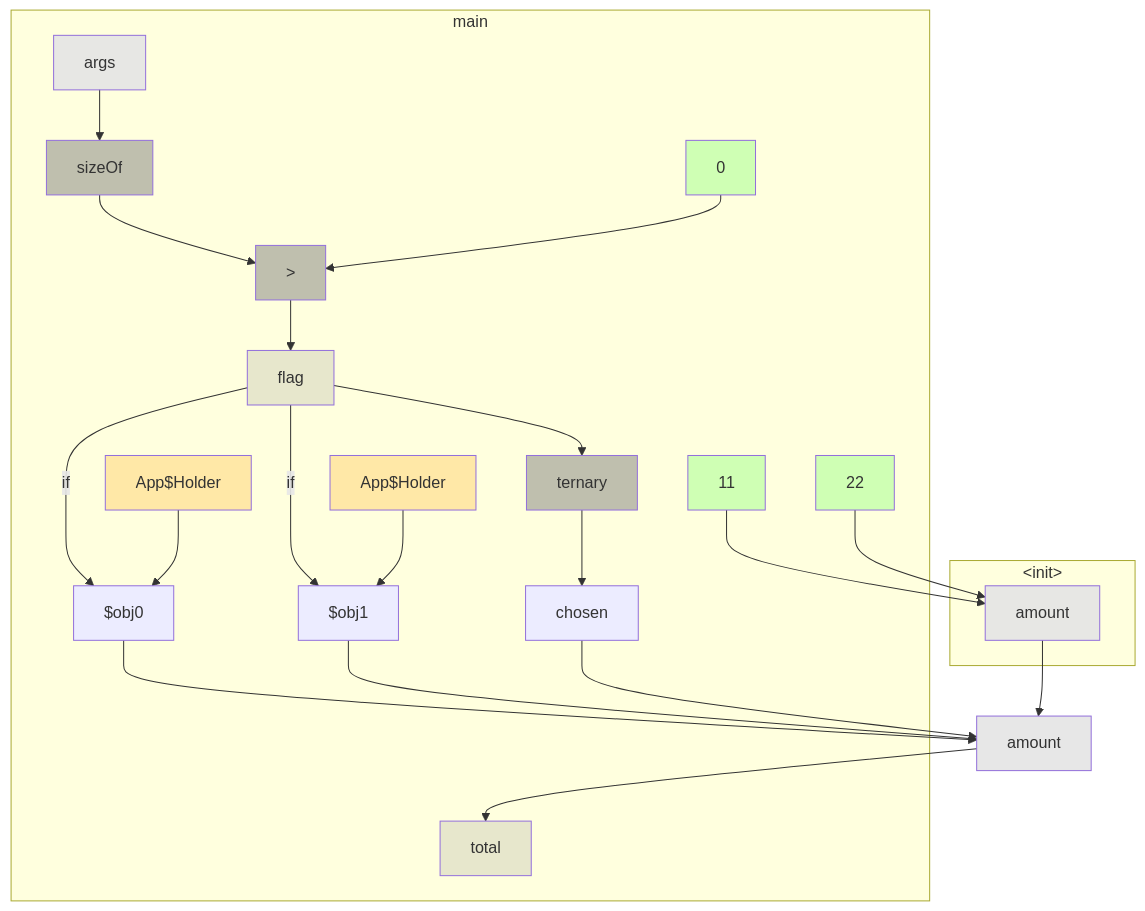
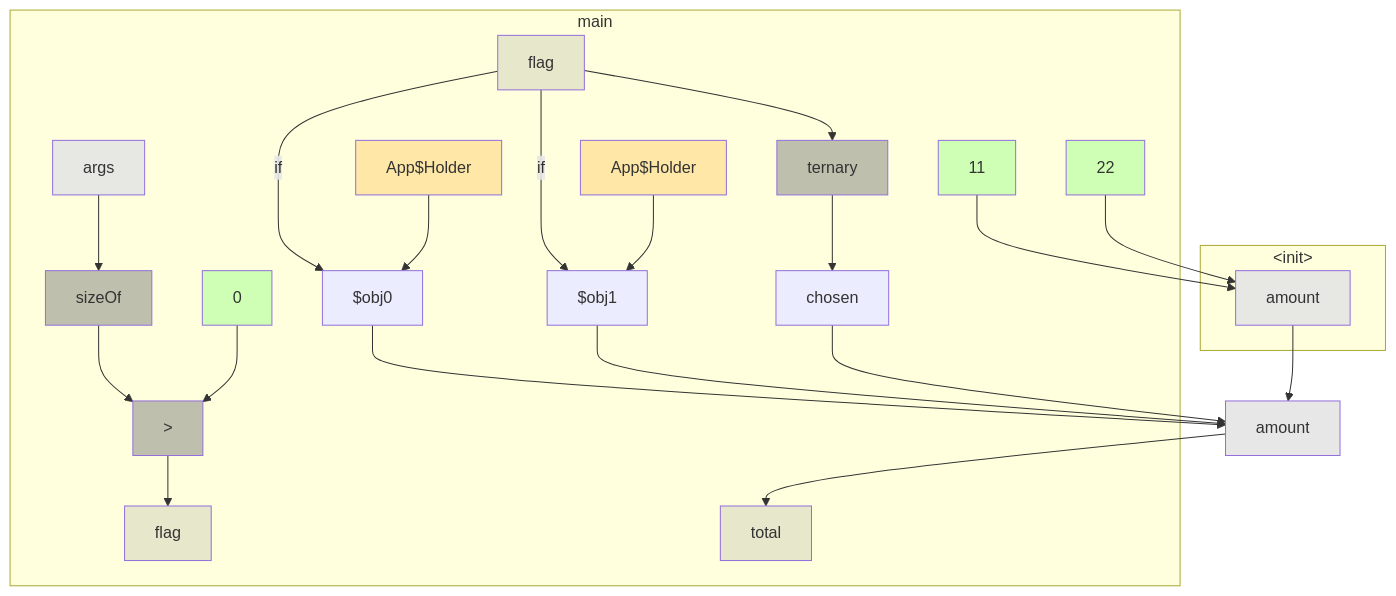
One commit to gstiebler/codeflow changed the diagram in app/src/test/resources/aliasTernary/spike-truth.md. Above: the diagram before and after it, drawn with Mermaid. The commit also changed 46 other files, not shown here.

````diff
--- a/app/src/test/resources/aliasTernary/spike-truth.md
+++ b/app/src/test/resources/aliasTernary/spike-truth.md
@@ -3,47 +3,48 @@
 ```mermaid
 flowchart TD
   subgraph m0["#lt;init#gt;"]
     n0["amount"]:::FUNC_PARAM
   end
   subgraph m1["main"]
     n1["#gt;"]:::BIN_OP
     n2["sizeOf"]:::BIN_OP
     n3["ternary"]:::BIN_OP
     n4["App$Holder"]:::EXTERNAL
     n5["App$Holder"]:::EXTERNAL
     n6["args"]:::FUNC_PARAM
     n7["0"]:::LITERAL
     n8["11"]:::LITERAL
     n9["22"]:::LITERAL
     n10["$obj0"]:::OBJ_VARIABLE
     n11["$obj1"]:::OBJ_VARIABLE
     n12["chosen"]:::OBJ_VARIABLE
     n13["flag"]:::VARIABLE
-    n14["total"]:::VARIABLE
+    n14["flag"]:::VARIABLE
+    n15["total"]:::VARIABLE
   end
-  n15["amount"]:::VARIABLE
-  n0 --> n15
-  n1 --> n13
-  n10 --> n15
-  n11 --> n15
-  n12 --> n15
+  n16["amount"]:::VARIABLE
+  n0 --> n16
+  n1 --> n14
+  n10 --> n16
+  n11 --> n16
+  n12 --> n16
   n13 --> n3
   n13 -->|if| n10
   n13 -->|if| n11
-  n15 --> n14
+  n16 --> n15
   n2 --> n1
   n3 --> n12
   n4 --> n10
   n5 --> n11
   n6 --> n2
   n7 --> n1
   n8 --> n0
   n9 --> n0
   classDef LITERAL fill:#00FF0030
   classDef VARIABLE fill:#80808030
   classDef BIN_OP fill:#80808080
   classDef FUNC_PARAM fill:#8080FF30
   classDef RETURN fill:#FF808080
   classDef EXTERNAL fill:#FFA50040
   classDef UNMODELLED fill:#FF000030,stroke-dasharray: 4 2
 ```
````
